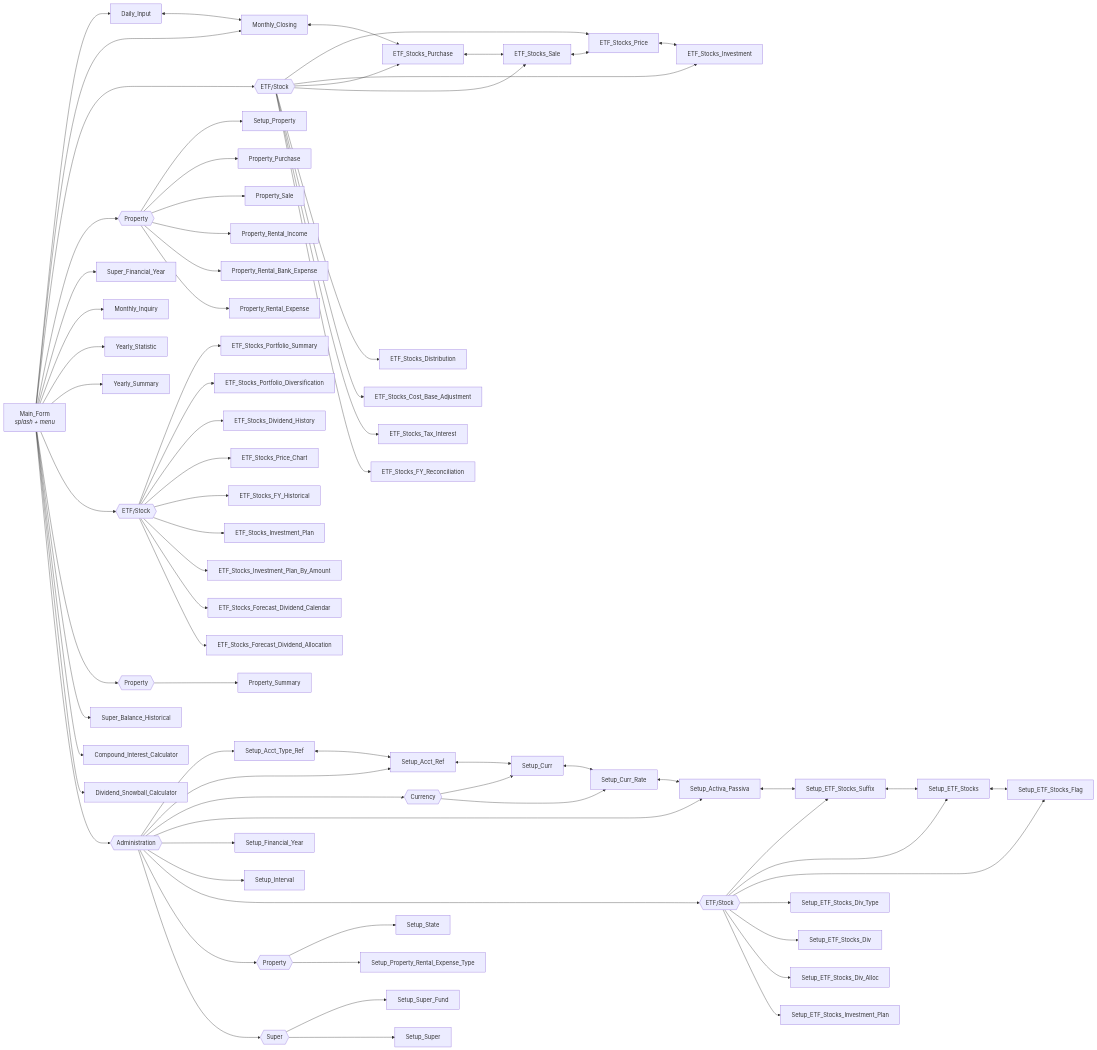
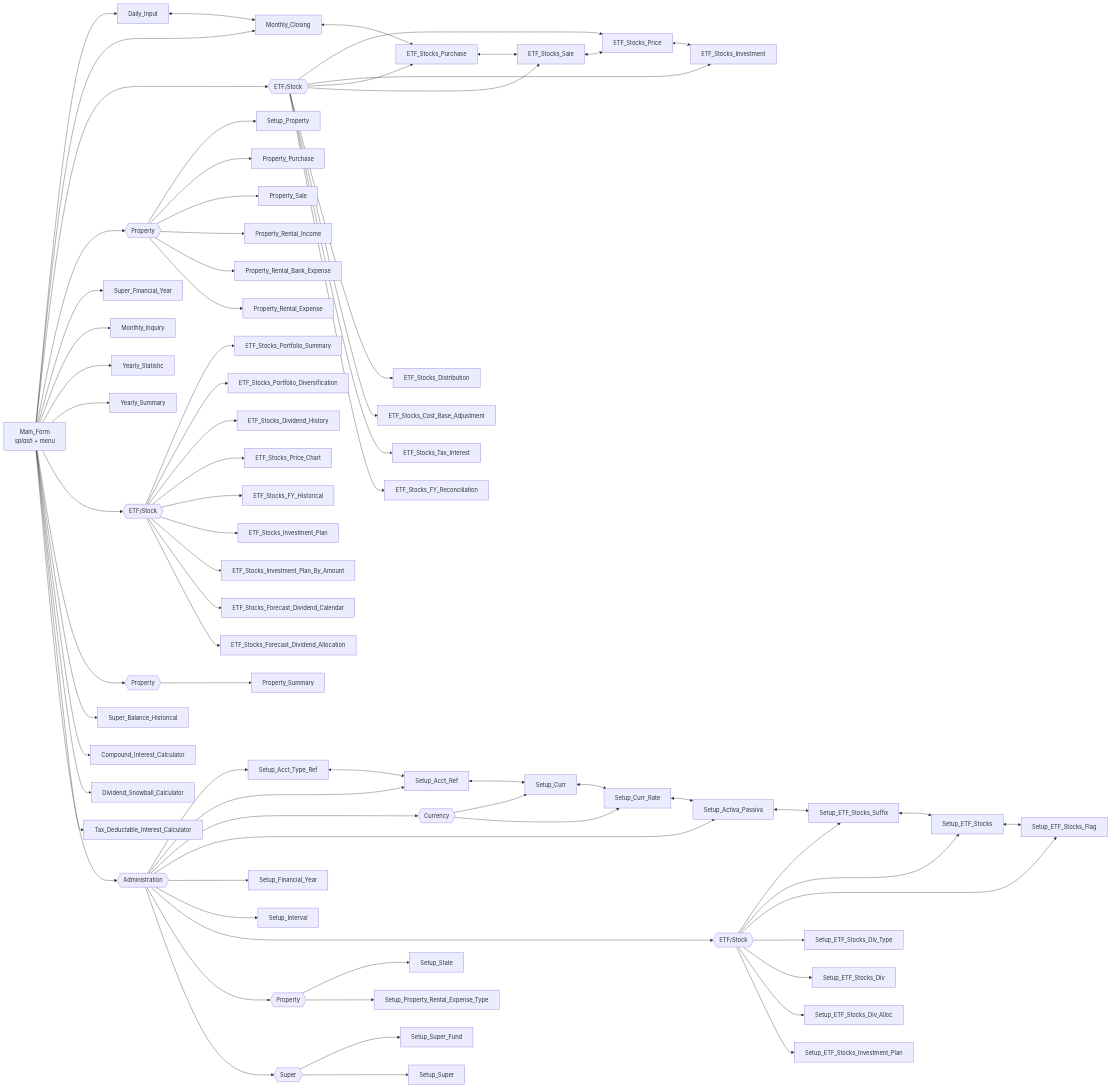
One commit to oscar-rijadi/FinancialBalance changed the second of 3 diagrams in README.md. Above: the diagram before and after it, drawn with Mermaid. The commit also changed other lines of this file and 32 other files, not shown here.

Commit message:
Implement Tax Deductable Interest Calculator

````diff
--- a/README.md
+++ b/README.md
@@ -110,80 +111,81 @@
 ```mermaid
 flowchart LR
     MAIN["Main_Form<br/><i>splash + menu</i>"]
 
     MAIN --> DI["Daily_Input"]
     MAIN --> MC["Monthly_Closing"]
     MAIN --> PETFG{{"ETF/Stock"}}
     PETFG --> ETP["ETF_Stocks_Price"]
     PETFG --> ETI["ETF_Stocks_Investment"]
     PETFG --> ETB["ETF_Stocks_Purchase"]
     PETFG --> ETS["ETF_Stocks_Sale"]
     PETFG --> ETD["ETF_Stocks_Distribution"]
     PETFG --> ECB["ETF_Stocks_Cost_Base_Adjustment"]
     PETFG --> ETI2["ETF_Stocks_Tax_Interest"]
     PETFG --> ETR["ETF_Stocks_FY_Reconciliation"]
     MAIN --> PPROPG{{"Property"}}
     PPROPG --> SPROP["Setup_Property"]
     PPROPG --> PPUR["Property_Purchase"]
     PPROPG --> PSAL["Property_Sale"]
     PPROPG --> PRI["Property_Rental_Income"]
     PPROPG --> PRBE["Property_Rental_Bank_Expense"]
     PPROPG --> PRE["Property_Rental_Expense"]
     MAIN --> SFYP["Super_Financial_Year"]
     MAIN --> MI["Monthly_Inquiry"]
     MAIN --> YT["Yearly_Statistic"]
     MAIN --> YS["Yearly_Summary"]
     MAIN --> PORTG{{"ETF/Stock"}}
     PORTG --> PSUM["ETF_Stocks_Portfolio_Summary"]
     PORTG --> PDIV["ETF_Stocks_Portfolio_Diversification"]
     PORTG --> PDVH["ETF_Stocks_Dividend_History"]
     PORTG --> PPCH["ETF_Stocks_Price_Chart"]
     PORTG --> PFYH["ETF_Stocks_FY_Historical"]
     PORTG --> PIVP["ETF_Stocks_Investment_Plan"]
     PORTG --> PIVA["ETF_Stocks_Investment_Plan_By_Amount"]
     PORTG --> PFDC["ETF_Stocks_Forecast_Dividend_Calendar"]
     PORTG --> PFDA["ETF_Stocks_Forecast_Dividend_Allocation"]
     MAIN --> IPROPG{{"Property"}}
     IPROPG --> PSMY["Property_Summary"]
     MAIN --> SBH["Super_Balance_Historical"]
     MAIN --> CIC["Compound_Interest_Calculator"]
     MAIN --> DSC["Dividend_Snowball_Calculator"]
+    MAIN --> TDI["Tax_Deductable_Interest_Calculator"]
 
     MAIN --> ADMIN{{"Administration"}}
     ADMIN --> SATR["Setup_Acct_Type_Ref"]
     ADMIN --> SAR["Setup_Acct_Ref"]
     ADMIN --> CURG{{"Currency"}}
     CURG --> SC["Setup_Curr"]
     CURG --> SCR["Setup_Curr_Rate"]
     ADMIN --> SAP["Setup_Activa_Passiva"]
     ADMIN --> SFY["Setup_Financial_Year"]
     ADMIN --> SIV["Setup_Interval"]
     ADMIN --> ETFG{{"ETF/Stock"}}
     ETFG --> SES["Setup_ETF_Stocks_Suffix"]
     ETFG --> SET["Setup_ETF_Stocks"]
     ETFG --> SEF["Setup_ETF_Stocks_Flag"]
     ETFG --> SDT["Setup_ETF_Stocks_Div_Type"]
     ETFG --> SDV["Setup_ETF_Stocks_Div"]
     ETFG --> SDA["Setup_ETF_Stocks_Div_Alloc"]
     ETFG --> SIP["Setup_ETF_Stocks_Investment_Plan"]
     ADMIN --> PROPG{{"Property"}}
     PROPG --> SST["Setup_State"]
     PROPG --> SPRET["Setup_Property_Rental_Expense_Type"]
     ADMIN --> SUPG{{"Super"}}
     SUPG --> SSF["Setup_Super_Fund"]
     SUPG --> SSU["Setup_Super"]
 
     DI <--> MC
     MC <--> ETB
     ETB <--> ETS
     ETS <--> ETP
     ETP <--> ETI
 
     SATR <--> SAR
     SAR <--> SC
     SC <--> SCR
     SCR <--> SAP
     SAP <--> SES
     SES <--> SET
     SET <--> SEF
 ```
````
